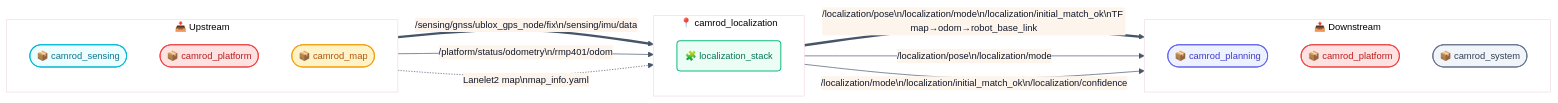
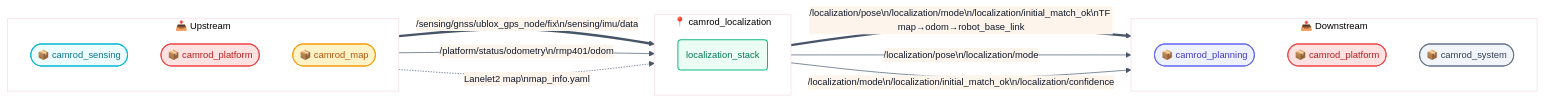
The first of 4 diagrams in camrod_localization/README.md (hwanhonglee/CAMROD), drawn with Mermaid before and after one commit. The commit also changed other lines of this file and 11 other files, not shown here.

First line of the commit message:
docs: fix Mermaid syntax errors and reduce emoji overuse in all READMEs

````diff
--- a/camrod_localization/README.md
+++ b/camrod_localization/README.md
@@ -42,45 +42,45 @@
 ```mermaid
 %%{init: {'theme': 'base', 'themeVariables': {'fontFamily': 'ui-sans-serif, system-ui, sans-serif', 'fontSize': '14px', 'primaryColor': '#ECFDF5', 'primaryTextColor': '#0F172A', 'primaryBorderColor': '#10B981', 'lineColor': '#475569'}, 'flowchart': {'curve': 'basis', 'htmlLabels': true, 'padding': 12}}}%%
 graph LR
   classDef sensing      fill:#ECFEFF,stroke:#06B6D4,stroke-width:1.5px,color:#0E7490;
   classDef localization fill:#ECFDF5,stroke:#10B981,stroke-width:1.5px,color:#047857;
   classDef mapping      fill:#FEF3C7,stroke:#F59E0B,stroke-width:1.5px,color:#B45309;
   classDef planning     fill:#EEF2FF,stroke:#6366F1,stroke-width:1.5px,color:#4338CA;
   classDef platform     fill:#FEE2E2,stroke:#EF4444,stroke-width:1.5px,color:#B91C1C;
   classDef system       fill:#F1F5F9,stroke:#64748B,stroke-width:1.5px,color:#334155;
   classDef topic        fill:#F8FAFC,stroke:#94A3B8,stroke-width:1px,color:#475569,font-style:italic;
 
   subgraph UP ["📥 Upstream"]
     direction TB
     SENS([📦 camrod_sensing])
     PLAT([📦 camrod_platform])
     MAP([📦 camrod_map])
   end
 
   subgraph LOC_PKG ["📍 camrod_localization"]
     direction TB
-    LOC(🧩 localization_stack)
+    LOC(localization_stack)
   end
 
   subgraph DOWN ["📤 Downstream"]
     direction TB
     PLAN([📦 camrod_planning])
     PPLAT([📦 camrod_platform])
     SYS([📦 camrod_system])
   end
 
   SENS ==>|"`/sensing/gnss/ublox_gps_node/fix\n/sensing/imu/data`"| LOC
   PLAT -->|"`/platform/status/odometry\n/rmp401/odom`"| LOC
   MAP -.->|"`Lanelet2 map\nmap_info.yaml`"| LOC
 
   LOC ==>|"`/localization/pose\n/localization/mode\n/localization/initial_match_ok\nTF map→odom→robot_base_link`"| PLAN
   LOC -->|"`/localization/pose\n/localization/mode`"| PPLAT
   LOC -->|"`/localization/mode\n/localization/initial_match_ok\n/localization/confidence`"| SYS
 
   class SENS sensing
   class PLAT,PPLAT platform
   class MAP mapping
   class LOC localization
   class PLAN planning
   class SYS system
 ```
````
